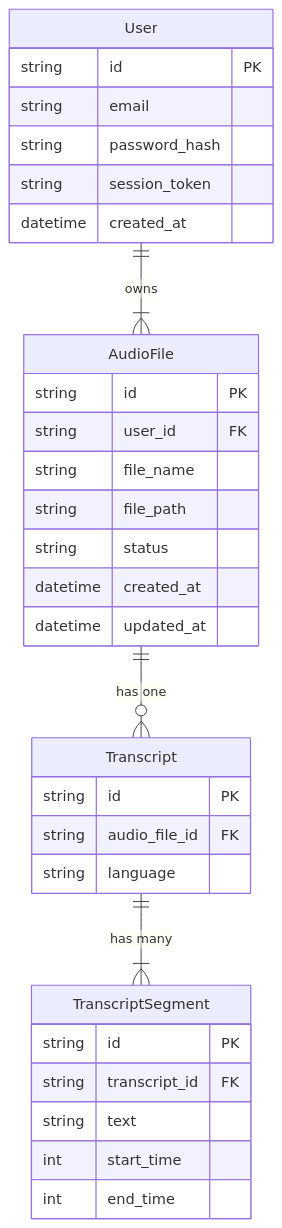
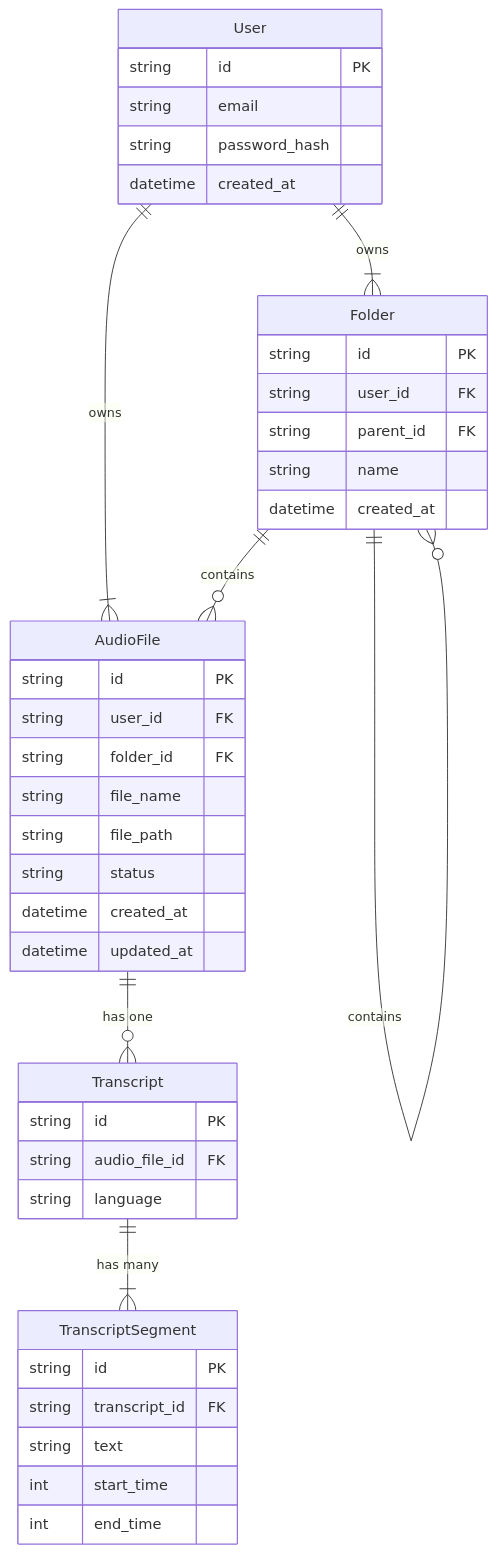
One commit to QQ5YU/EchoMind changed the tenth of 10 diagrams in specs/001-mvp-audio-search/spec.md. Above: the diagram before and after it, drawn with Mermaid. The commit also changed other lines of this file and 1 other file, not shown here.

First line of the commit message:
docs(spec): Align spec and checklist with IPC architecture

````diff
--- a/specs/001-mvp-audio-search/spec.md
+++ b/specs/001-mvp-audio-search/spec.md
@@ -367,38 +387,50 @@
 ```mermaid
 erDiagram
+    User ||--|{ Folder : "owns"
     User ||--|{ AudioFile : "owns"
+    Folder ||--o{ AudioFile : "contains"
+    Folder ||--o{ Folder : "contains"
+
     AudioFile ||--o{ Transcript : "has one"
     Transcript ||--|{ TranscriptSegment : "has many"
 
     User {
         string id PK
         string email
         string password_hash
-        string session_token
+        datetime created_at
+    }
+
+    Folder {
+        string id PK
+        string user_id FK
+        string parent_id FK
+        string name
         datetime created_at
     }
 
     AudioFile {
         string id PK
         string user_id FK
+        string folder_id FK
         string file_name
         string file_path
         string status
         datetime created_at
         datetime updated_at
     }
 
     Transcript {
         string id PK
         string audio_file_id FK
         string language
     }
 
     TranscriptSegment {
         string id PK
         string transcript_id FK
         string text
         int start_time
         int end_time
     }
 ```
````
